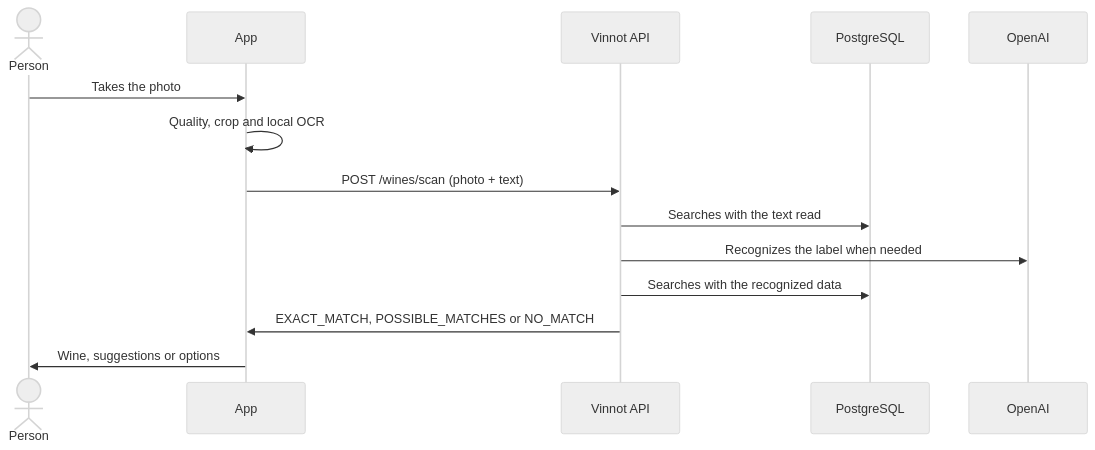
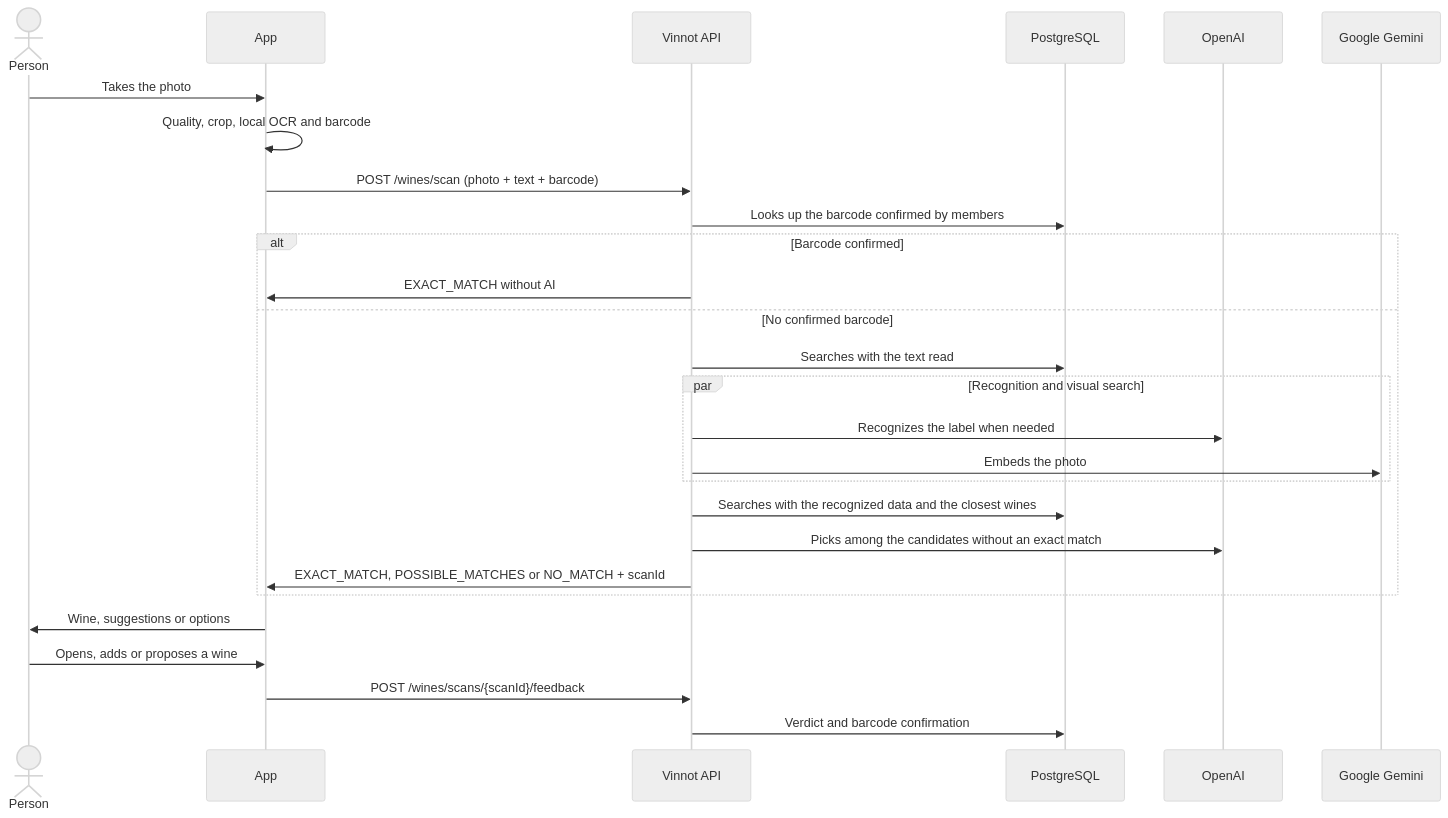
The diagram in docs/en/modules/wines/use-cases/uc-win-05-scan-label.md (Bielaszczuk/vinnot-demo), drawn with Mermaid (neutral theme) before and after one commit. The commit also changed other lines of this file and 218 other files, not shown here.

````diff
--- a/docs/en/modules/wines/use-cases/uc-win-05-scan-label.md
+++ b/docs/en/modules/wines/use-cases/uc-win-05-scan-label.md
@@ -52,16 +74,29 @@
 ```mermaid
 sequenceDiagram
     actor U as Person
     participant APP as App
     participant API as Vinnot API
     participant DB as PostgreSQL
     participant AI as OpenAI
+    participant EMB as Google Gemini
     U->>APP: Takes the photo
-    APP->>APP: Quality, crop and local OCR
-    APP->>API: POST /wines/scan (photo + text)
-    API->>DB: Searches with the text read
-    API->>AI: Recognizes the label when needed
-    API->>DB: Searches with the recognized data
-    API->>APP: EXACT_MATCH, POSSIBLE_MATCHES or NO_MATCH
+    APP->>APP: Quality, crop, local OCR and barcode
+    APP->>API: POST /wines/scan (photo + text + barcode)
+    API->>DB: Looks up the barcode confirmed by members
+    alt Barcode confirmed
+        API->>APP: EXACT_MATCH without AI
+    else No confirmed barcode
+        API->>DB: Searches with the text read
+        par Recognition and visual search
+            API->>AI: Recognizes the label when needed
+            API->>EMB: Embeds the photo
+        end
+        API->>DB: Searches with the recognized data and the closest wines
+        API->>AI: Picks among the candidates without an exact match
+        API->>APP: EXACT_MATCH, POSSIBLE_MATCHES or NO_MATCH + scanId
+    end
     APP->>U: Wine, suggestions or options
+    U->>APP: Opens, adds or proposes a wine
+    APP->>API: POST /wines/scans/{scanId}/feedback
+    API->>DB: Verdict and barcode confirmation
 ```
````
